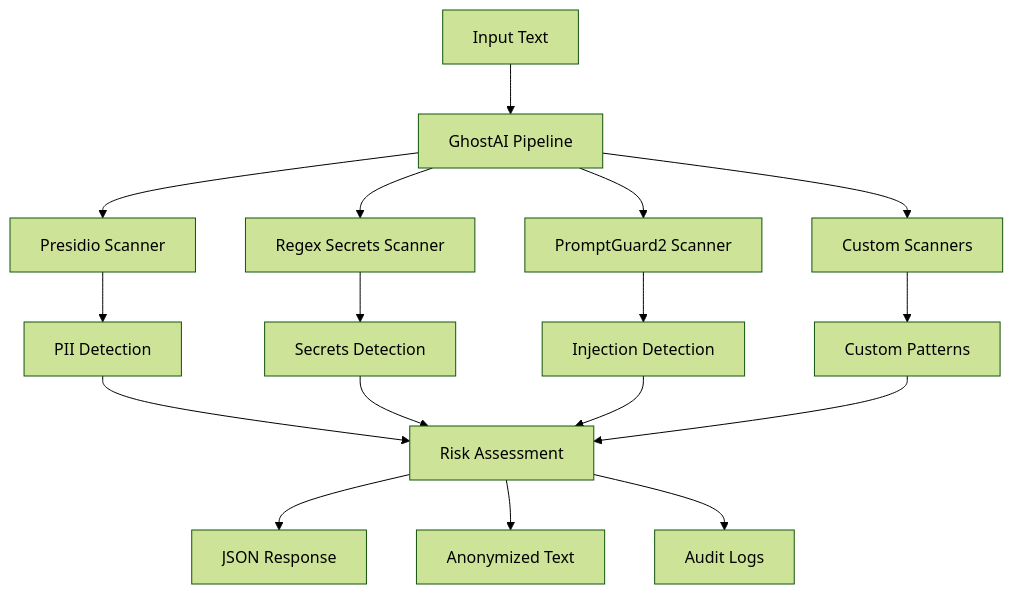
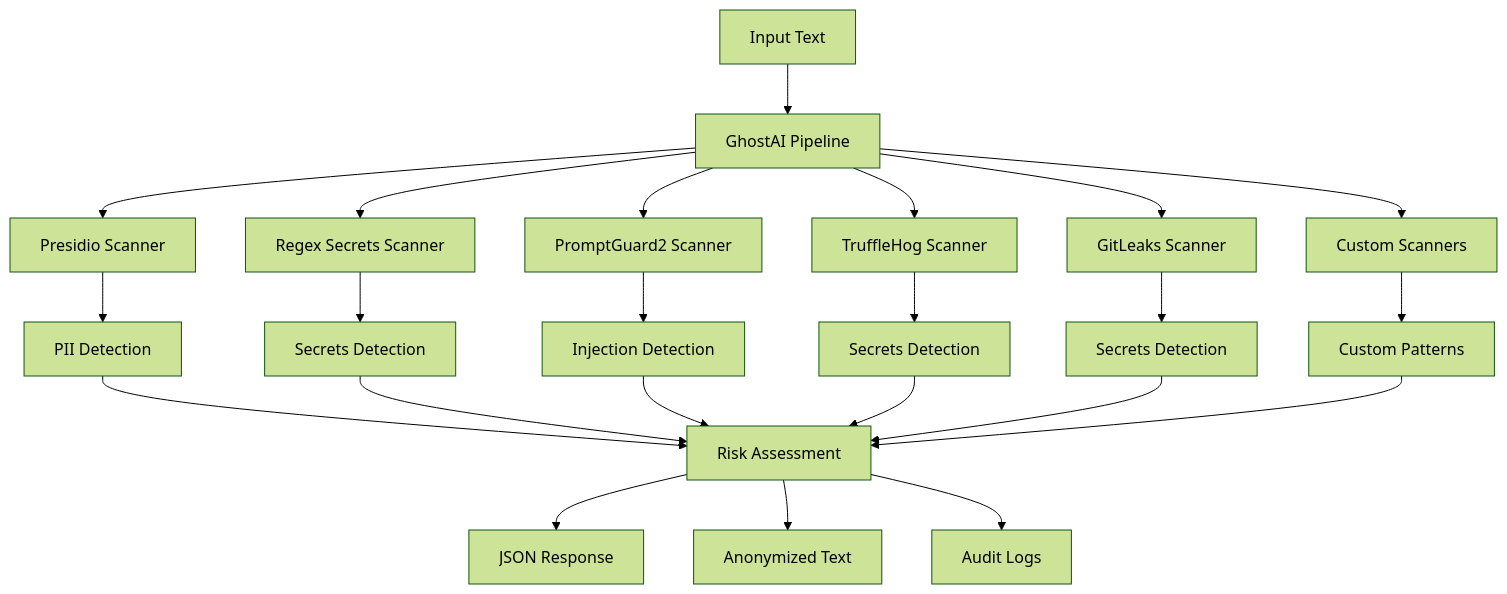
The diagram in README.md (GhostAIDLP/GhostAI_DLP), drawn with Mermaid (forest theme) before and after one commit. The commit also changed other lines of this file and 11 other files, not shown here.

````diff
--- a/README.md
+++ b/README.md
@@ -124,22 +118,28 @@
 ```mermaid
-graph TB
+graph TD
     A[Input Text] --> B[GhostAI Pipeline]
     B --> C[Presidio Scanner]
     B --> D[Regex Secrets Scanner]
     B --> E[PromptGuard2 Scanner]
-    B --> F[Custom Scanners]
+    B --> F[TruffleHog Scanner]
+    B --> G[GitLeaks Scanner]
+    B --> H[Custom Scanners]
     
-    C --> G[PII Detection]
-    D --> H[Secrets Detection]
-    E --> I[Injection Detection]
-    F --> J[Custom Patterns]
+    C --> I[PII Detection]
+    D --> J[Secrets Detection]
+    E --> K[Injection Detection]
+    F --> L[Secrets Detection]
+    G --> M[Secrets Detection]
+    H --> N[Custom Patterns]
     
-    G --> K[Risk Assessment]
-    H --> K
-    I --> K
-    J --> K
+    I --> O[Risk Assessment]
+    J --> O
+    K --> O
+    L --> O
+    M --> O
+    N --> O
     
-    K --> L[JSON Response]
-    K --> M[Anonymized Text]
-    K --> N[Audit Logs]
+    O --> P[JSON Response]
+    O --> Q[Anonymized Text]
+    O --> R[Audit Logs]
 ```
````
